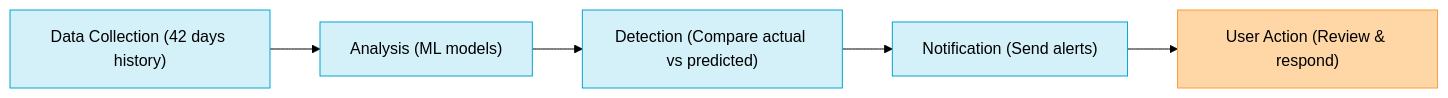
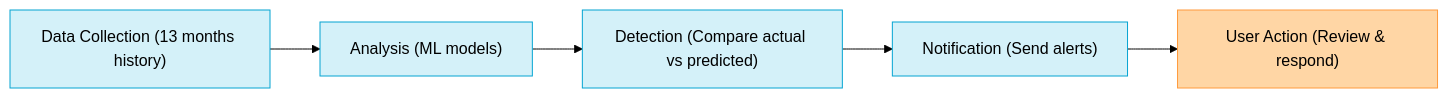
One commit to harness/developer-hub changed the diagram in docs/cloud-cost-management/3-use-ccm-cost-reporting/anomaly-detection/getting-started-with-ccm-anomaly-detection.md. Above: the diagram before and after it, drawn with Mermaid (forest theme). The commit also changed other lines of this file, not shown here.

Commit message:
added changes

````diff
--- a/docs/cloud-cost-management/3-use-ccm-cost-reporting/anomaly-detection/getting-started-with-ccm-anomaly-detection.md
+++ b/docs/cloud-cost-management/3-use-ccm-cost-reporting/anomaly-detection/getting-started-with-ccm-anomaly-detection.md
@@ -35,12 +35,12 @@
 ```mermaid
 flowchart LR
-    A["Data Collection (42 days history)"] --> B["Analysis (ML models)"] 
+    A["Data Collection (13 months history)"] --> B["Analysis (ML models)"] 
     B --> C["Detection (Compare actual vs predicted)"] 
     C --> D["Notification (Send alerts)"] 
     D --> E["User Action (Review & respond)"]
     style A fill:#d4f1f9,stroke:#05a4d2
     style B fill:#d4f1f9,stroke:#05a4d2
     style C fill:#d4f1f9,stroke:#05a4d2
     style D fill:#d4f1f9,stroke:#05a4d2
     style E fill:#ffd6a5,stroke:#ff9a3c
 ```
````
